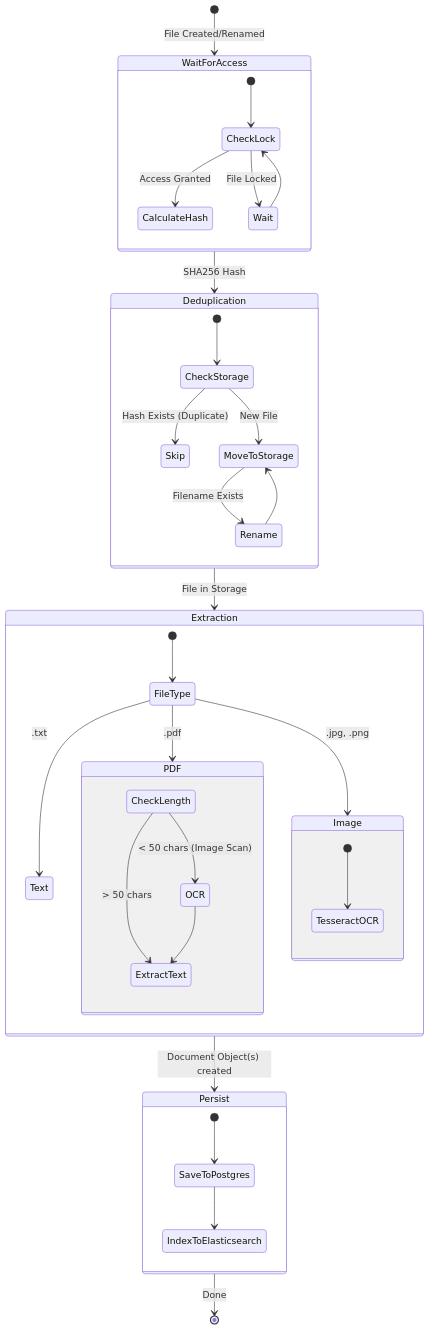
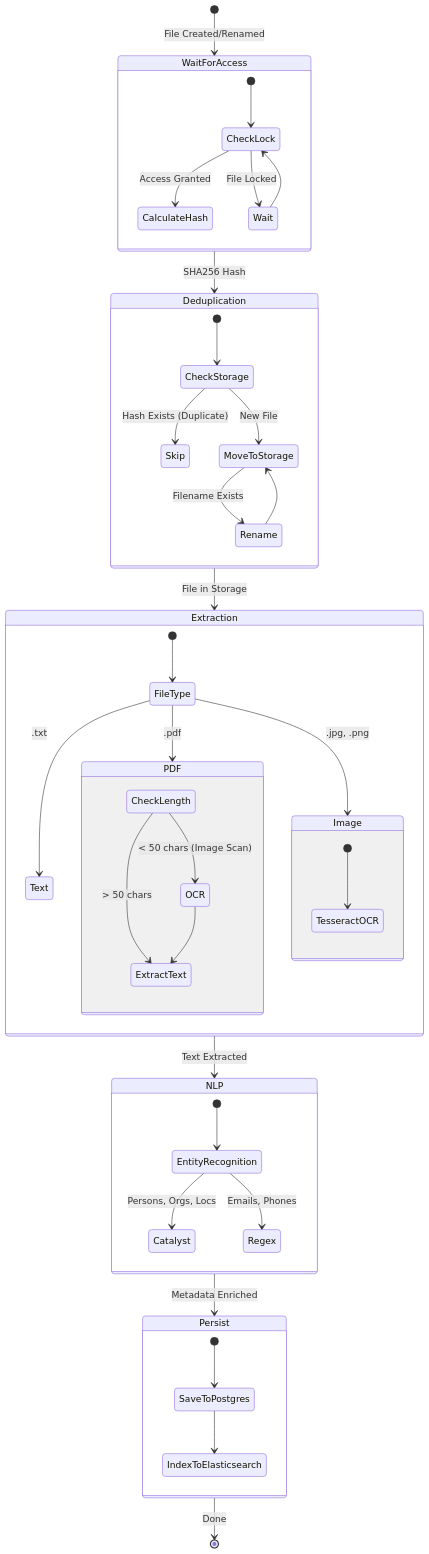
One commit to pratyaksh12/Vault changed the second of 3 diagrams in Architecture.md. Above: the diagram before and after it, drawn with Mermaid. The commit also changed other lines of this file and 1 other file, not shown here.

Commit message:
update readme and architecture documantation

````diff
--- a/Architecture.md
+++ b/Architecture.md
@@ -38,49 +38,57 @@
 ```mermaid
 stateDiagram-v2
     [*] --> WaitForAccess: File Created/Renamed
     
     state WaitForAccess {
         [*] --> CheckLock
         CheckLock --> CalculateHash: Access Granted
         CheckLock --> Wait: File Locked
         Wait --> CheckLock
     }
 
     WaitForAccess --> Deduplication: SHA256 Hash
     
     state Deduplication {
         [*] --> CheckStorage
         CheckStorage --> Skip: Hash Exists (Duplicate)
         CheckStorage --> MoveToStorage: New File
         MoveToStorage --> Rename: Filename Exists
         Rename --> MoveToStorage
     }
 
     Deduplication --> Extraction: File in Storage
 
     state Extraction {
         [*] --> FileType
         FileType --> PDF: .pdf
         FileType --> Image: .jpg, .png
         FileType --> Text: .txt
         
         state PDF {
              CheckLength --> ExtractText: > 50 chars
              CheckLength --> OCR: < 50 chars (Image Scan)
              OCR --> ExtractText
         }
         
         state Image {
             [*] --> TesseractOCR
         }
     }
+    
+    Extraction --> NLP: Text Extracted
+    
+    state NLP {
+        [*] --> EntityRecognition
+        EntityRecognition --> Catalyst: Persons, Orgs, Locs
+        EntityRecognition --> Regex: Emails, Phones
+    }
 
-    Extraction --> Persist: Document Object(s) created
+    NLP --> Persist: Metadata Enriched
     
     state Persist {
         [*] --> SaveToPostgres
         SaveToPostgres --> IndexToElasticsearch
     }
 
     Persist --> [*]: Done
 ```
````
